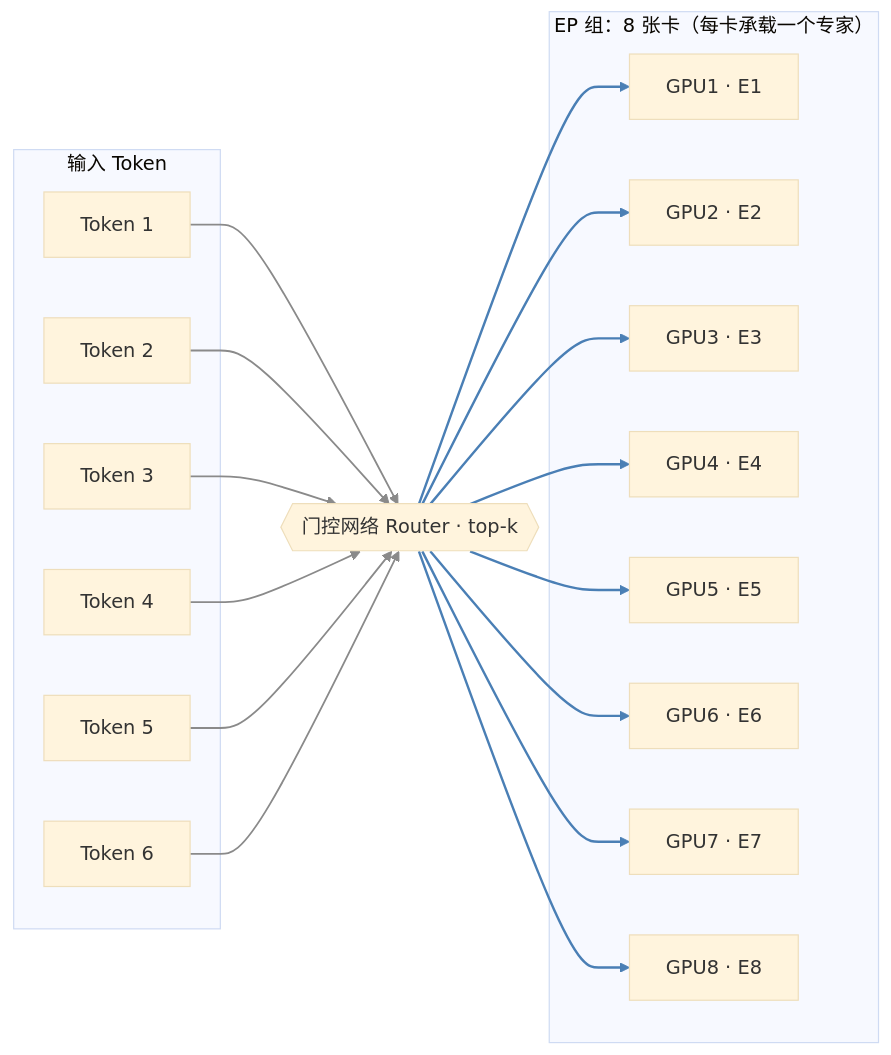
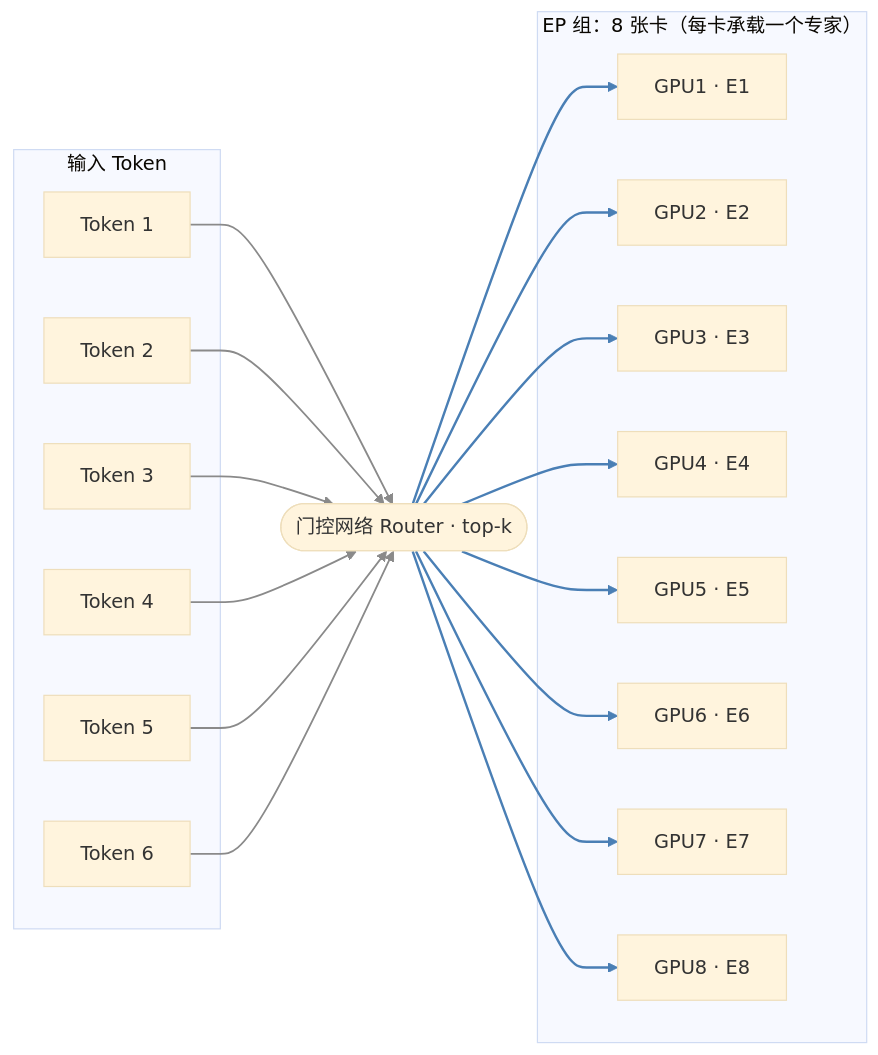
Before and after one commit to huanGninGshuanG/huanGninGshuanG.github.io: the diagram in source/_posts/llm-parallelism-dp-tp-pp-ep.md, drawn with Mermaid (base theme). The commit also changed 3 other files, not shown here.

Commit message:
Remove hello-world post; fix mermaid node syntax; add clean to deploy workflow

```diff
--- a/source/_posts/llm-parallelism-dp-tp-pp-ep.md
+++ b/source/_posts/llm-parallelism-dp-tp-pp-ep.md
@@ -107,38 +107,38 @@
 {% mermaid %}
 flowchart LR
     subgraph TOK["输入 Token"]
         T1["Token 1"]
         T2["Token 2"]
         T3["Token 3"]
         T4["Token 4"]
         T5["Token 5"]
         T6["Token 6"]
     end
-    R{{"门控网络 Router · top-k"}}
+    R(["门控网络 Router · top-k"])
     subgraph EXP["EP 组：8 张卡（每卡承载一个专家）"]
         E1["GPU1 · E1"]
         E2["GPU2 · E2"]
         E3["GPU3 · E3"]
         E4["GPU4 · E4"]
         E5["GPU5 · E5"]
         E6["GPU6 · E6"]
         E7["GPU7 · E7"]
         E8["GPU8 · E8"]
     end
     T1 --> R
     T2 --> R
     T3 --> R
     T4 --> R
     T5 --> R
     T6 --> R
     R --> E1
     R --> E2
     R --> E3
     R --> E4
     R --> E5
     R --> E6
     R --> E7
     R --> E8
     linkStyle 0,1,2,3,4,5 stroke:#8a8a8a,stroke-width:1.5
     linkStyle 6,7,8,9,10,11,12,13 stroke:#4a7fb5,stroke-width:2
 {% endmermaid %}
```
